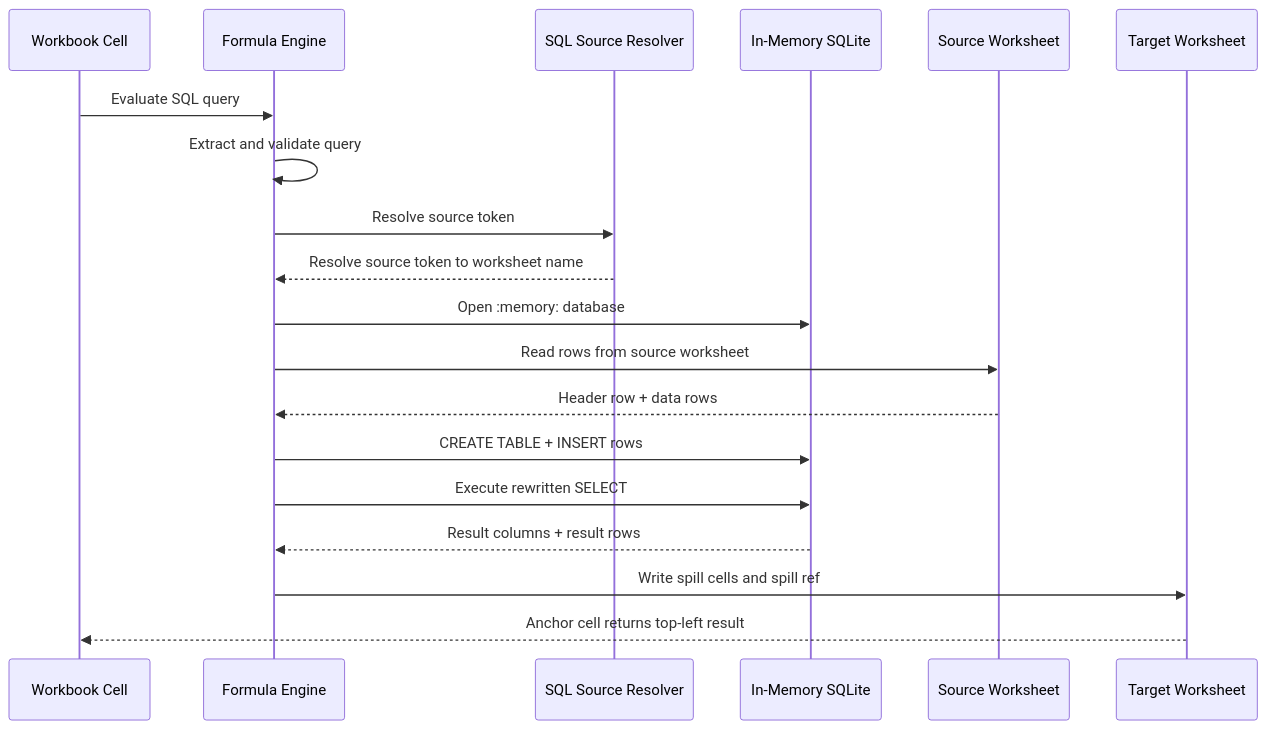
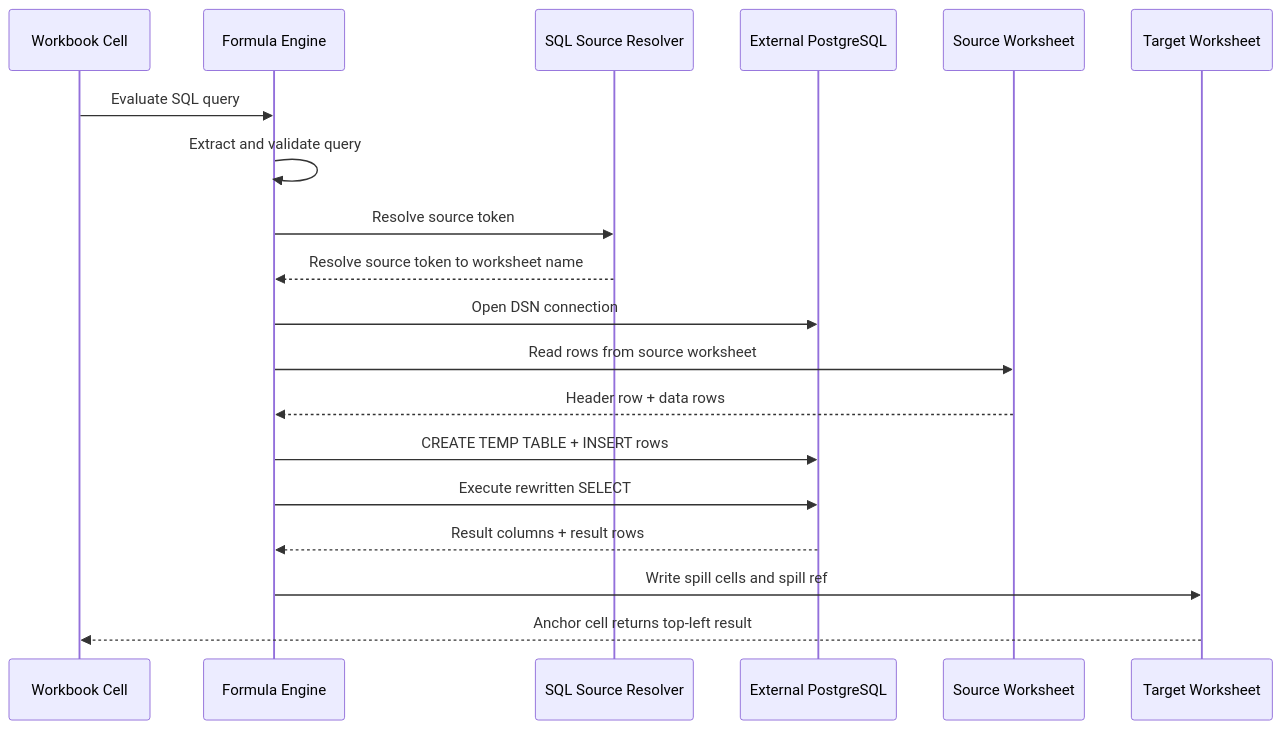
The second of 3 diagrams in sql-formula-architecture.md (NoKnow606/excelize), drawn with Mermaid before and after one commit. The commit also changed other lines of this file and 9 other files, not shown here.

Commit message:
feat: use postgres for sql formulas

````diff
--- a/sql-formula-architecture.md
+++ b/sql-formula-architecture.md
@@ -63,22 +63,22 @@
 ```mermaid
 sequenceDiagram
     participant User as Workbook Cell
     participant Engine as Formula Engine
     participant Resolver as SQL Source Resolver
-    participant SQLite as In-Memory SQLite
+    participant Postgres as External PostgreSQL
     participant Sheet as Source Worksheet
     participant Target as Target Worksheet
 
     User->>Engine: Evaluate SQL query
     Engine->>Engine: Extract and validate query
     Engine->>Resolver: Resolve source token
     Resolver-->>Engine: Resolve source token to worksheet name
-    Engine->>SQLite: Open :memory: database
+    Engine->>Postgres: Open DSN connection
     Engine->>Sheet: Read rows from source worksheet
     Sheet-->>Engine: Header row + data rows
-    Engine->>SQLite: CREATE TABLE + INSERT rows
-    Engine->>SQLite: Execute rewritten SELECT
-    SQLite-->>Engine: Result columns + result rows
+    Engine->>Postgres: CREATE TEMP TABLE + INSERT rows
+    Engine->>Postgres: Execute rewritten SELECT
+    Postgres-->>Engine: Result columns + result rows
     Engine->>Target: Write spill cells and spill ref
     Target-->>User: Anchor cell returns top-left result
 ```
````
